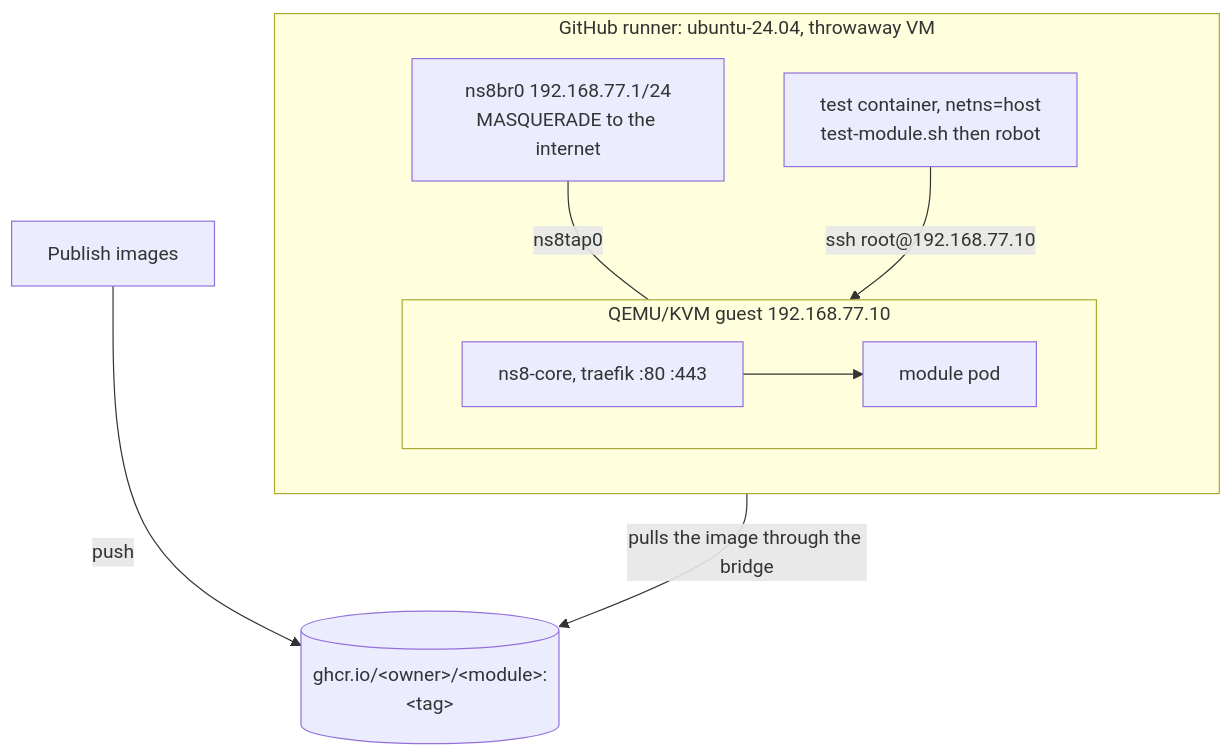
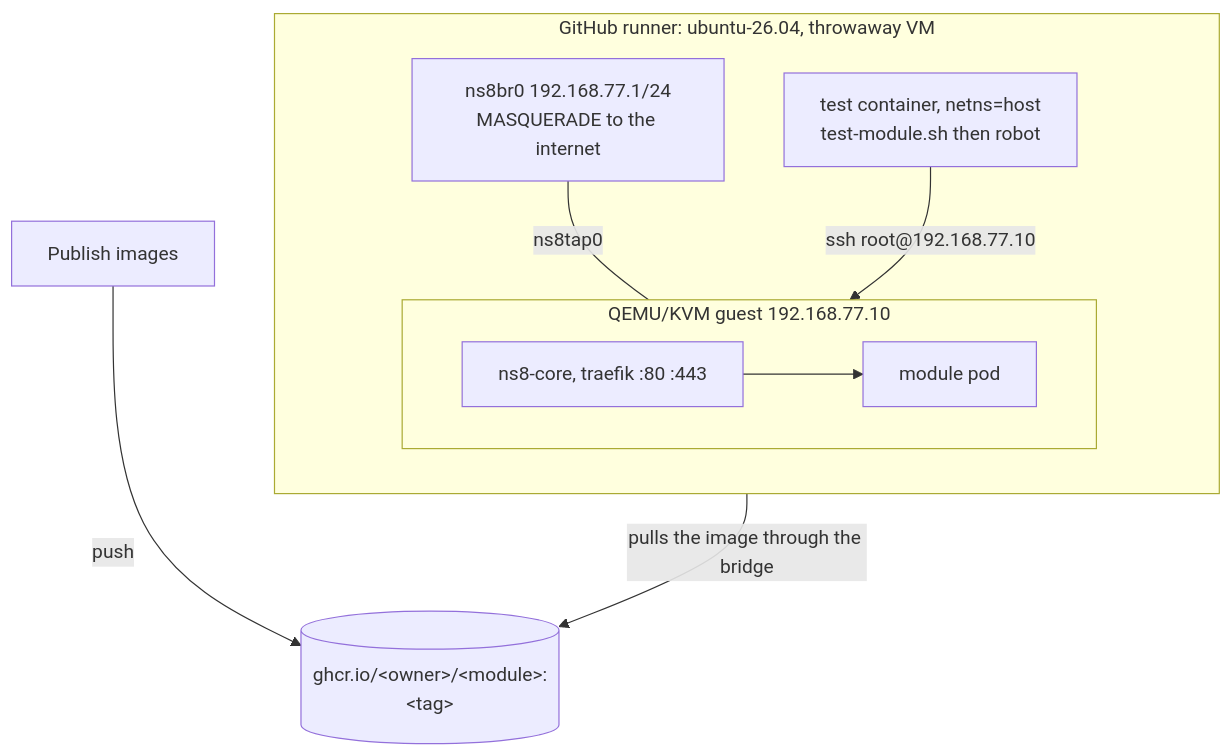
The diagram in docs/test-on-qemu.md (NethServer/ns8-github-actions), drawn with Mermaid before and after one commit. The commit also changed 1 other file, not shown here.

Commit message:
docs(test-on-qemu): refer to Ubuntu 26.04 runner (#72)

````diff
--- a/docs/test-on-qemu.md
+++ b/docs/test-on-qemu.md
@@ -115,15 +115,15 @@
 ```mermaid
 flowchart TB
   publish["Publish images"] -->|push| ghcr[("ghcr.io/&lt;owner&gt;/&lt;module&gt;:&lt;tag&gt;")]
-  subgraph runner["GitHub runner: ubuntu-24.04, throwaway VM"]
+  subgraph runner["GitHub runner: ubuntu-26.04, throwaway VM"]
     direction TB
     bridge["ns8br0 192.168.77.1/24<br/>MASQUERADE to the internet"]
     subgraph guest["QEMU/KVM guest 192.168.77.10"]
       core["ns8-core, traefik :80 :443"] --> pod["module pod"]
     end
     test["test container, netns=host<br/>test-module.sh then robot"]
     bridge ---|ns8tap0| guest
     test -->|ssh root@192.168.77.10| guest
   end
   guest -->|pulls the image through the bridge| ghcr
 ```
````
